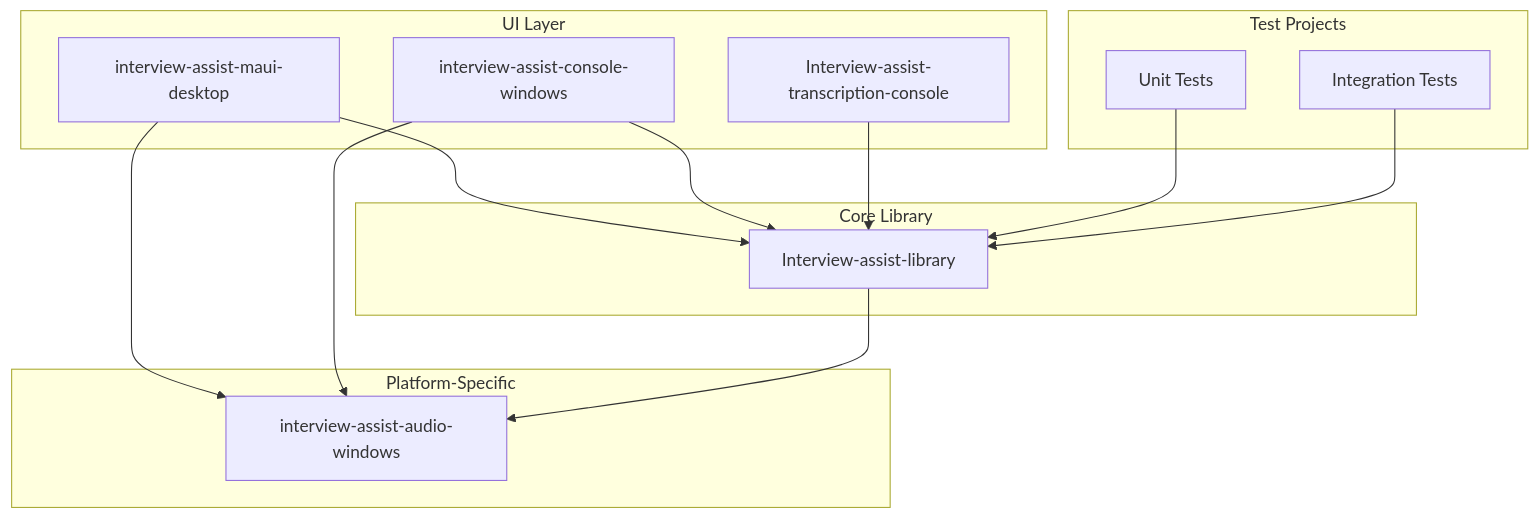
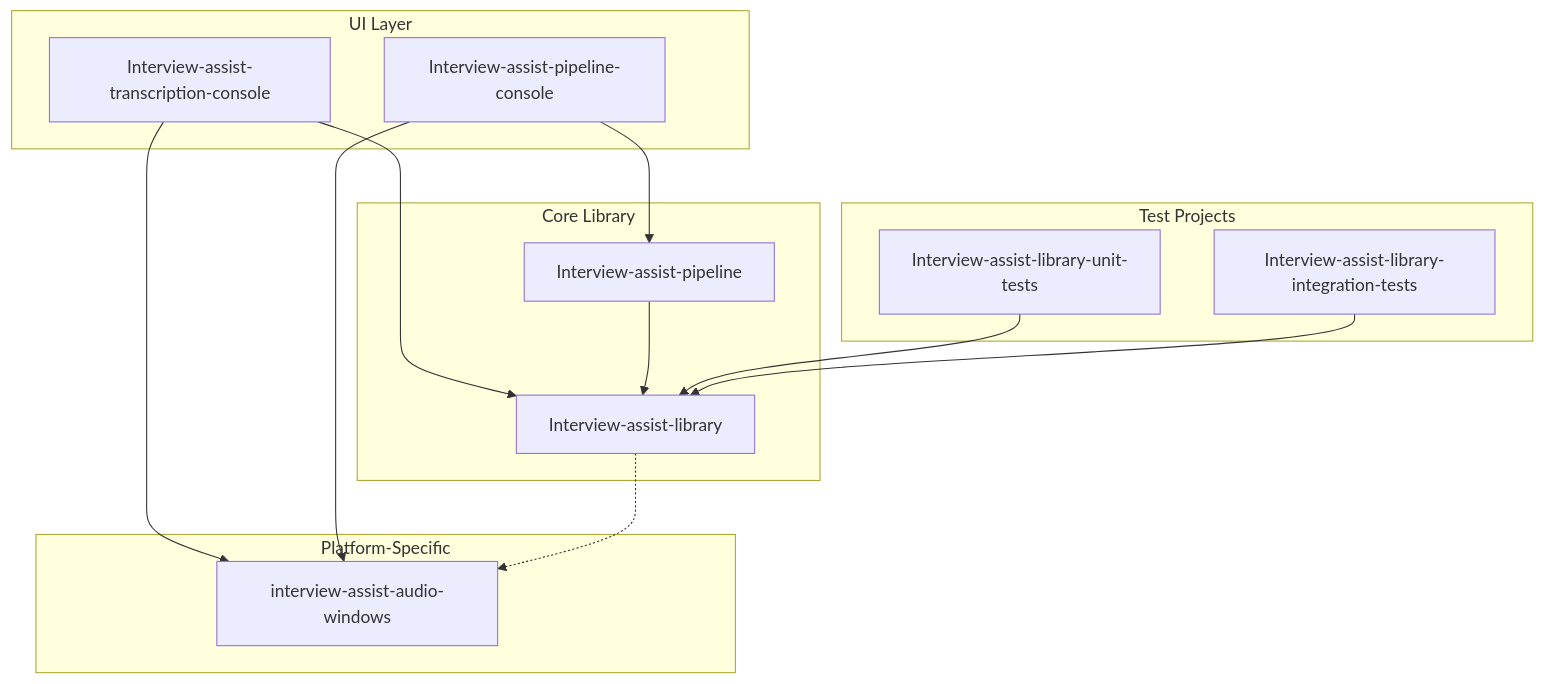
One commit to StephenDenisEdwards/interview-assist-2 changed the second of 5 diagrams in documentation/docs/architecture/SAD.md. Above: the diagram before and after it, drawn with Mermaid. The commit also changed other lines of this file and 25 other files, not shown here.

````diff
--- a/documentation/docs/architecture/SAD.md
+++ b/documentation/docs/architecture/SAD.md
@@ -108,30 +108,30 @@
 ```mermaid
 graph TB
     subgraph UI["UI Layer"]
-        MAUI[interview-assist-maui-desktop]
-        Console[interview-assist-console-windows]
         TransConsole[Interview-assist-transcription-console]
+        PipelineConsole[Interview-assist-pipeline-console]
     end
 
     subgraph Core["Core Library"]
         Lib[Interview-assist-library]
+        Pipeline[Interview-assist-pipeline]
     end
 
     subgraph Platform["Platform-Specific"]
         Audio[interview-assist-audio-windows]
     end
 
     subgraph Tests["Test Projects"]
-        Unit[Unit Tests]
-        Integration[Integration Tests]
+        Unit[Interview-assist-library-unit-tests]
+        Integration[Interview-assist-library-integration-tests]
     end
 
-    MAUI --> Lib
-    Console --> Lib
     TransConsole --> Lib
-    MAUI --> Audio
-    Console --> Audio
-    Lib --> Audio
+    TransConsole --> Audio
+    PipelineConsole --> Pipeline
+    PipelineConsole --> Audio
+    Pipeline --> Lib
+    Lib -.-> Audio
     Unit --> Lib
     Integration --> Lib
 ```
````
